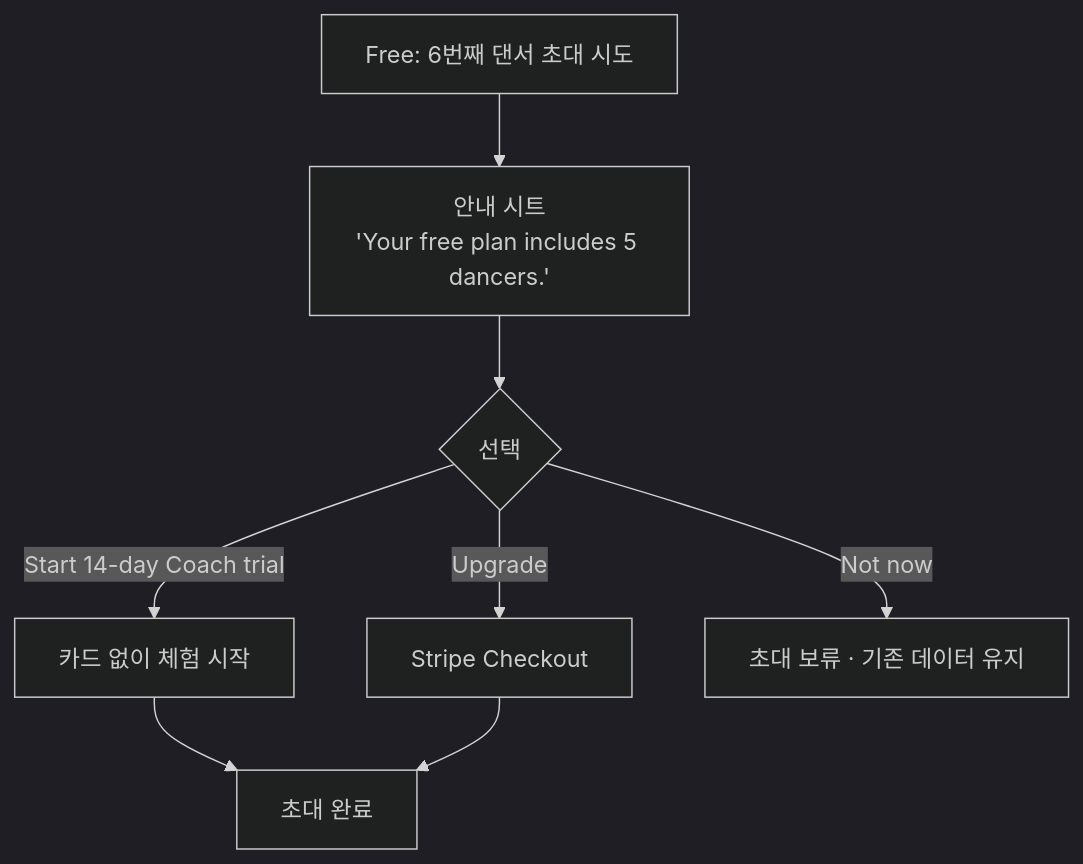
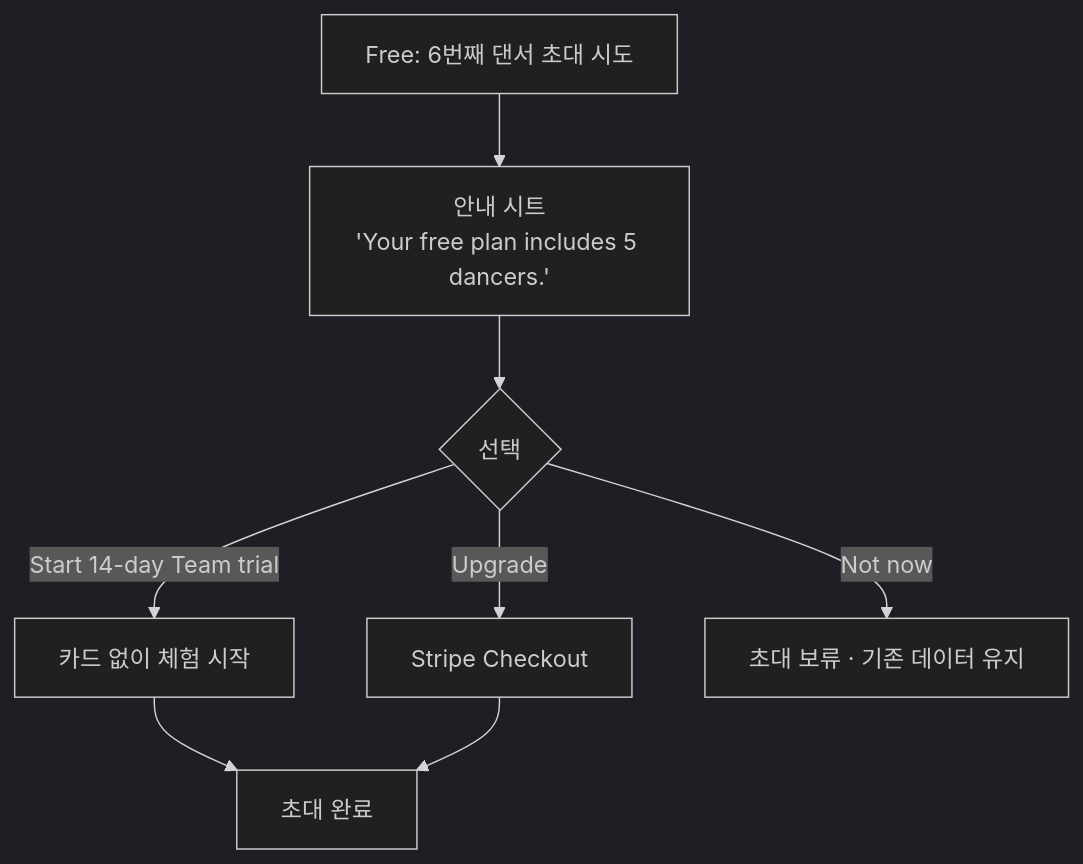
The ninth of 10 diagrams in docs/04-user-flows.md (hope13710/dancerly), drawn with Mermaid (dark theme) before and after one commit. The commit also changed other lines of this file and 13 other files, not shown here.

````diff
--- a/docs/04-user-flows.md
+++ b/docs/04-user-flows.md
@@ -199,10 +196,10 @@
 ```mermaid
 flowchart TD
   A[Free: 6번째 댄서 초대 시도] --> B[안내 시트<br/>'Your free plan includes 5 dancers.']
   B --> C{선택}
-  C -->|Start 14-day Coach trial| D[카드 없이 체험 시작]
+  C -->|Start 14-day Team trial| D[카드 없이 체험 시작]
   C -->|Upgrade| E[Stripe Checkout]
   C -->|Not now| F[초대 보류 · 기존 데이터 유지]
   D --> G[초대 완료]
   E --> G
 ```
````
